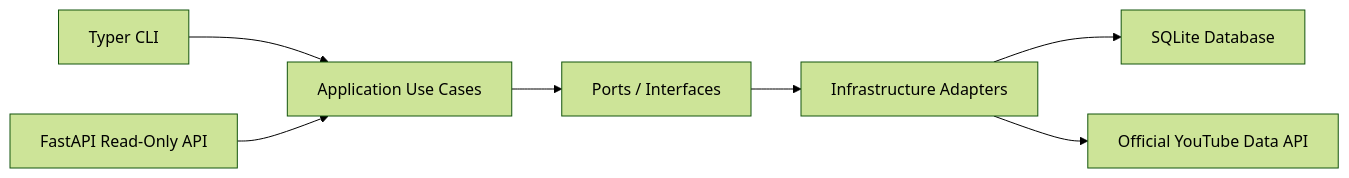
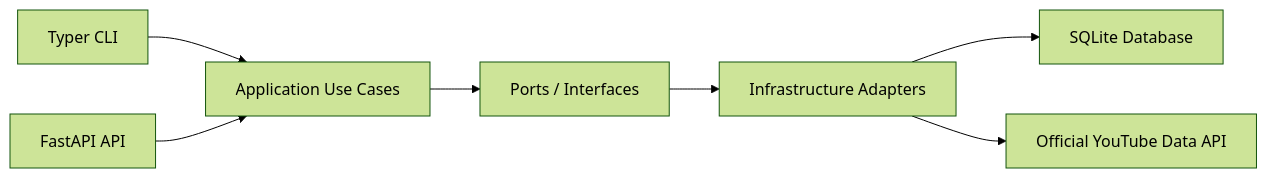
Before and after one commit to Inam-kakar/Fencing-Video-Research-Agent: the first of 2 diagrams in README.md, drawn with Mermaid (forest theme). The commit also changed other lines of this file and 21 other files, not shown here.

````diff
--- a/README.md
+++ b/README.md
@@ -92,9 +93,9 @@
 ```mermaid
 flowchart LR
     CLI["Typer CLI"] --> App["Application Use Cases"]
-    API["FastAPI Read-Only API"] --> App
+    API["FastAPI API"] --> App
     App --> Ports["Ports / Interfaces"]
     Ports --> Infra["Infrastructure Adapters"]
     Infra --> DB["SQLite Database"]
     Infra --> YT["Official YouTube Data API"]
 ```
````
